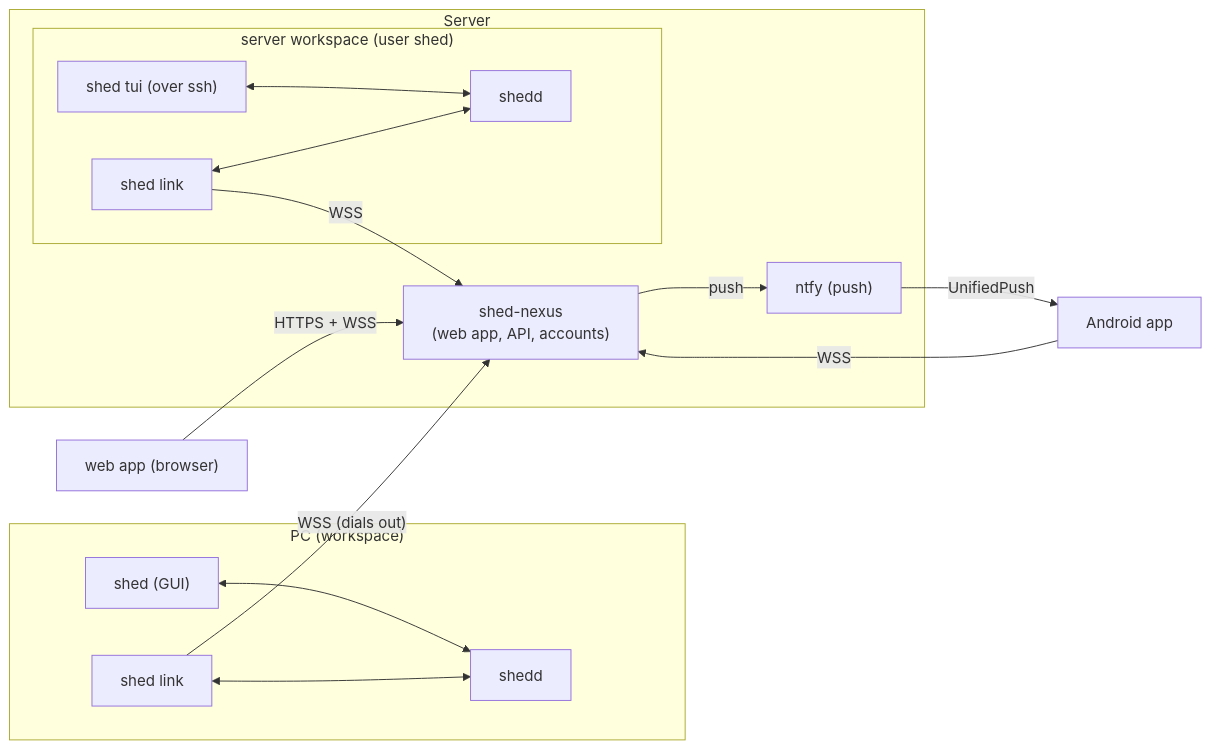
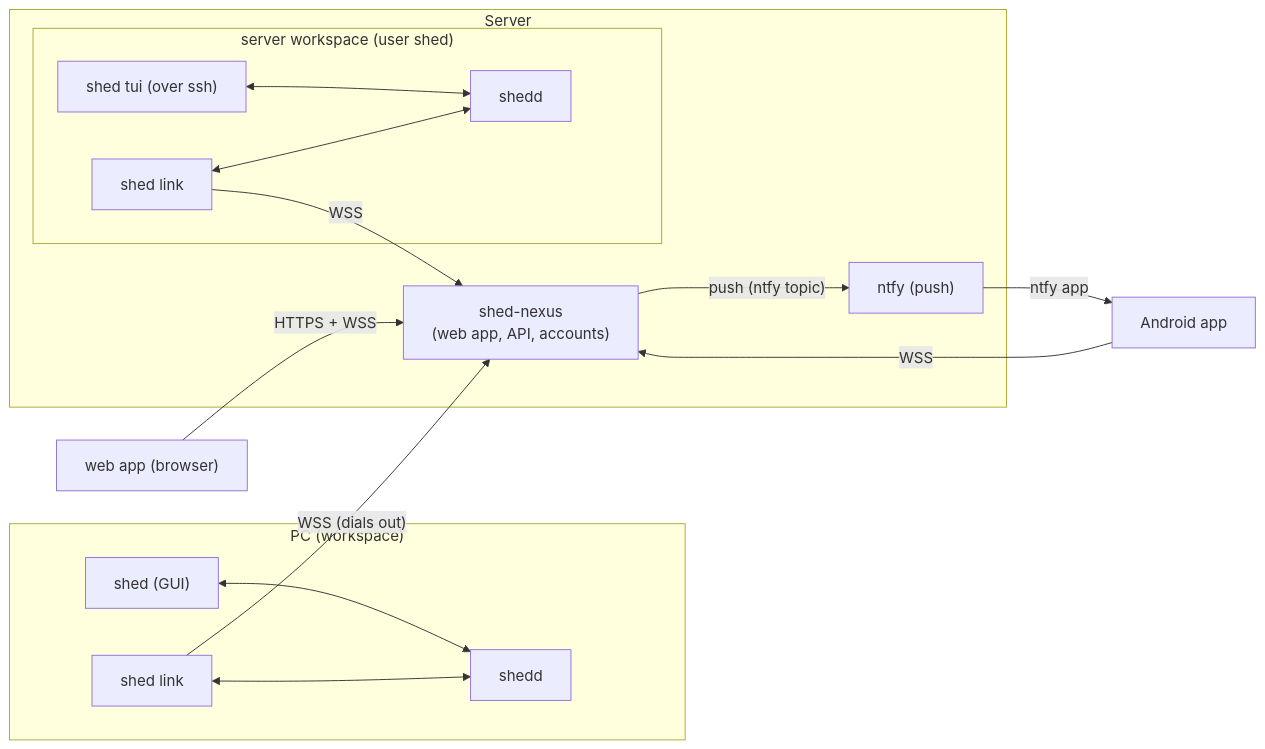
Before and after one commit to odolha/shed: the diagram in docs/nexus-plan.md, drawn with Mermaid. The commit also changed other lines of this file and 25 other files, not shown here.

First line of the commit message:
Notifications reach an open Shed app live, and phones through a plain ntfy topic otherwise

````diff
--- a/docs/nexus-plan.md
+++ b/docs/nexus-plan.md
@@ -25,28 +25,28 @@
 ```mermaid
 flowchart LR
     subgraph pc["PC (workspace)"]
         gui["shed (GUI)"]
         keeper1["shedd"]
         link1["shed link"]
     end
     subgraph vps["Server"]
         nexus["shed-nexus<br/>(web app, API, accounts)"]
         subgraph sw["server workspace (user shed)"]
             keeper2["shedd"]
             tui["shed tui (over ssh)"]
             link2["shed link"]
         end
         ntfy["ntfy (push)"]
     end
     browser["web app (browser)"]
     phone["Android app"]
     gui <--> keeper1
     link1 <--> keeper1
     tui <--> keeper2
     link2 <--> keeper2
     link1 -- "WSS (dials out)" --> nexus
     link2 -- "WSS" --> nexus
     browser -- "HTTPS + WSS" --> nexus
     phone -- "WSS" --> nexus
-    nexus -- "push" --> ntfy -- "UnifiedPush" --> phone
+    nexus -- "push (ntfy topic)" --> ntfy -- "ntfy app" --> phone
 ```
````
